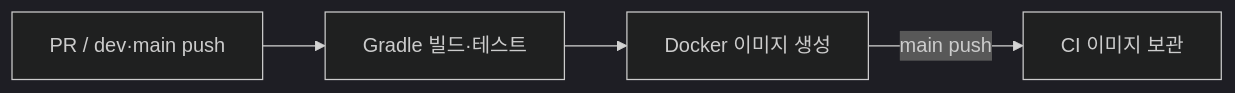
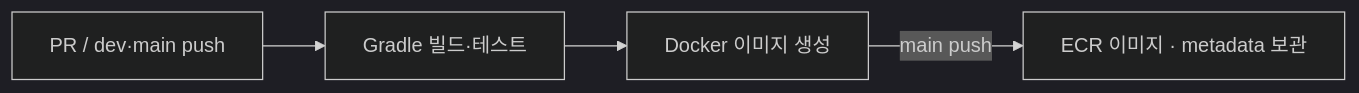
Before and after one commit to Uplus-GETDDO/getddo-be: the fourth of 25 diagrams in README.md, drawn with Mermaid (dark theme). The commit also changed other lines of this file and 20 other files, not shown here.

Commit message:
feat: GD-350 운영 ECR 이미지 배포와 이전 이미지 자동 복구 전환

````diff
--- a/README.md
+++ b/README.md
@@ -219,6 +219,6 @@
 ```mermaid
 flowchart LR
     Source["PR / dev·main push"] --> Test["Gradle 빌드·테스트"]
     Test --> Image["Docker 이미지 생성"]
-    Image -->|"main push"| Artifact["CI 이미지 보관"]
+    Image -->|"main push"| Registry["ECR 이미지 · metadata 보관"]
 ```
````
